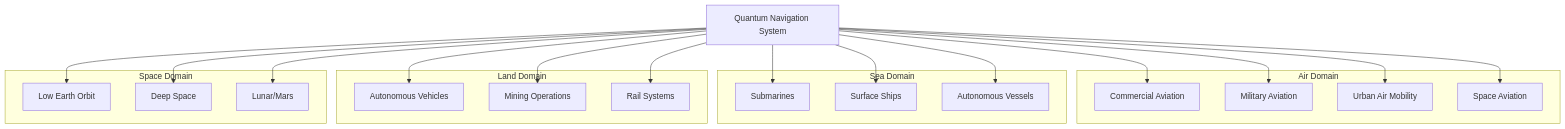
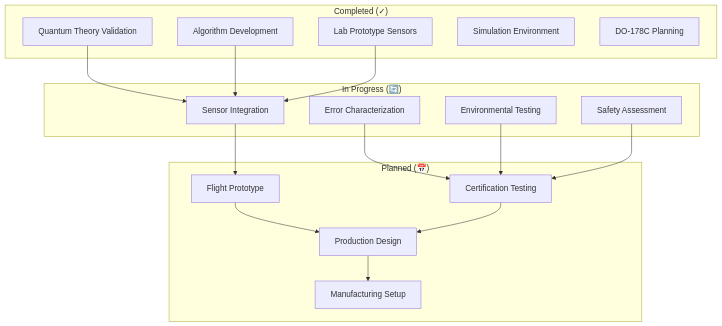
The ninth of 33 diagrams in PRODUCT_LINES/QUANTUM/QUANTUM_SOFTWARE/DESIGN/QNS_NAVIGATION/DES_SOFTWARE_DEV/QUA-QNS01-25SVD0001-DES-BOB-ORG-TD-ATA-000-00-01-TPL-DOC-001-QCOM-v1.1.0 .md (Robbbo-T/A-Q-U-A_V), drawn with Mermaid before and after one commit. The commit also changed other lines of this file, not shown here.

Commit message:
Update QUA-QNS01-25SVD0001-DES-BOB-ORG-TD-ATA-000-00-01-TPL-DOC-001-QCOM-v1.1.0 .md

````diff
--- a/PRODUCT_LINES/QUANTUM/QUANTUM_SOFTWARE/DESIGN/QNS_NAVIGATION/DES_SOFTWARE_DEV/QUA-QNS01-25SVD0001-DES-BOB-ORG-TD-ATA-000-00-01-TPL-DOC-001-QCOM-v1.1.0 .md
+++ b/PRODUCT_LINES/QUANTUM/QUANTUM_SOFTWARE/DESIGN/QNS_NAVIGATION/DES_SOFTWARE_DEV/QUA-QNS01-25SVD0001-DES-BOB-ORG-TD-ATA-000-00-01-TPL-DOC-001-QCOM-v1.1.0 .md
@@ -597,46 +375,35 @@
 ```mermaid
 graph TD
-    QNS[Quantum Navigation System]
-    
-    subgraph "Air Domain"
-        CA[Commercial Aviation]
-        MA[Military Aviation]
-        UA[Urban Air Mobility]
-        SA[Space Aviation]
+    subgraph "Completed (✓)"
+        A1[Quantum Theory Validation]
+        A2[Algorithm Development]
+        A3[Lab Prototype Sensors]
+        A4[Simulation Environment]
+        A5[DO-178C Planning]
     end
     
-    subgraph "Sea Domain"
-        SUB[Submarines]
-        SUR[Surface Ships]
-        AUV[Autonomous Vessels]
+    subgraph "In Progress (🔄)"
+        B1[Sensor Integration]
+        B2[Error Characterization]
+        B3[Environmental Testing]
+        B4[Safety Assessment]
     end
     
-    subgraph "Land Domain"
-        AUTO[Autonomous Vehicles]
-        MINE[Mining Operations]
-        RAIL[Rail Systems]
+    subgraph "Planned (📅)"
+        C1[Flight Prototype]
+        C2[Certification Testing]
+        C3[Production Design]
+        C4[Manufacturing Setup]
     end
     
-    subgraph "Space Domain"
-        LEO[Low Earth Orbit]
-        DEEP[Deep Space]
-        LUNAR[Lunar/Mars]
-    end
-    
-    QNS --> CA
-    QNS --> MA
-    QNS --> UA
-    QNS --> SA
-    
-    QNS --> SUB
-    QNS --> SUR
-    QNS --> AUV
-    
-    QNS --> AUTO
-    QNS --> MINE
-    QNS --> RAIL
-    
-    QNS --> LEO
-    QNS --> DEEP
-    QNS --> LUNAR
+    A1 --> B1
+    A2 --> B1
+    A3 --> B1
+    B1 --> C1
+    B2 --> C2
+    B3 --> C2
+    B4 --> C2
+    C1 --> C3
+    C2 --> C3
+    C3 --> C4
 ```
````
